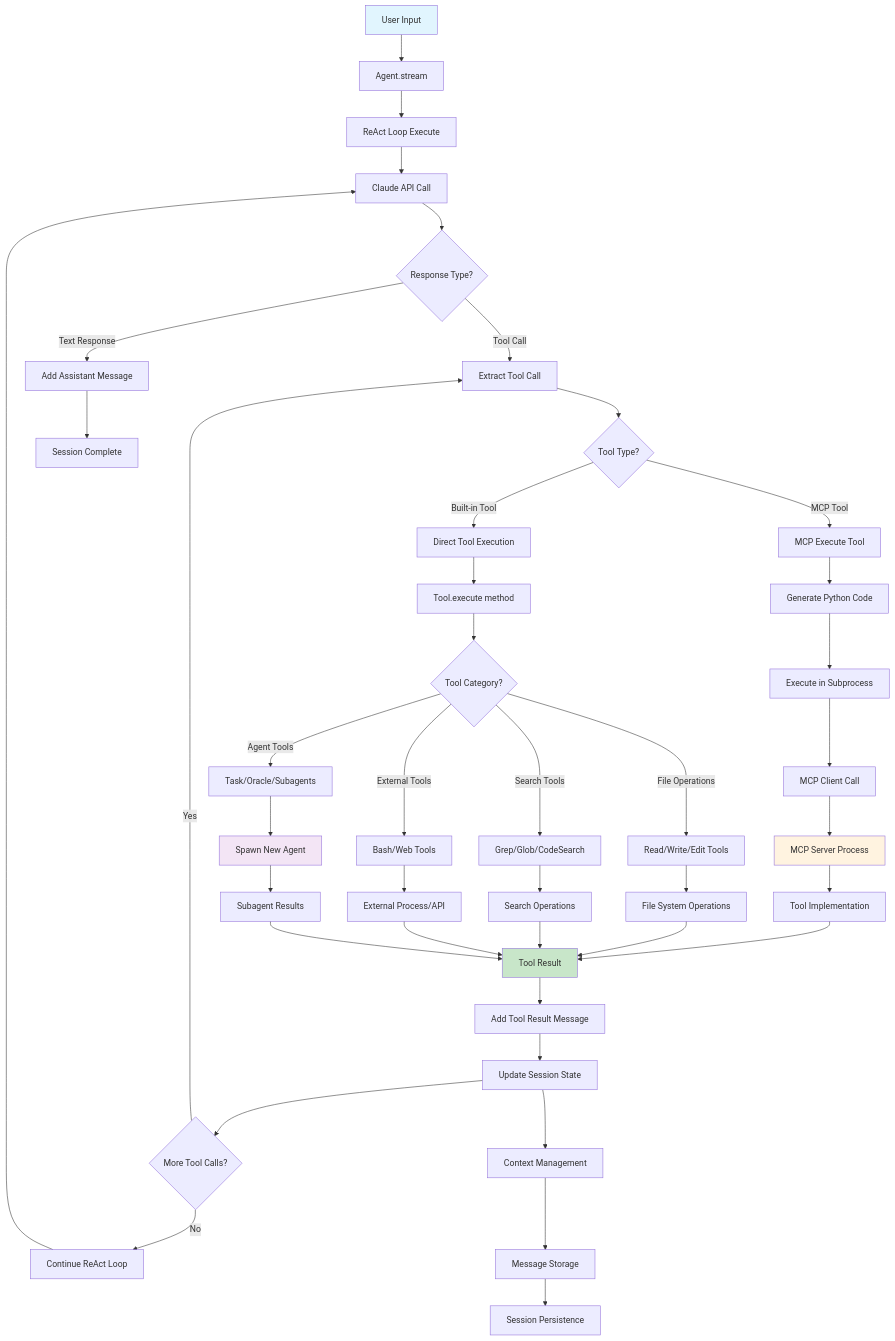
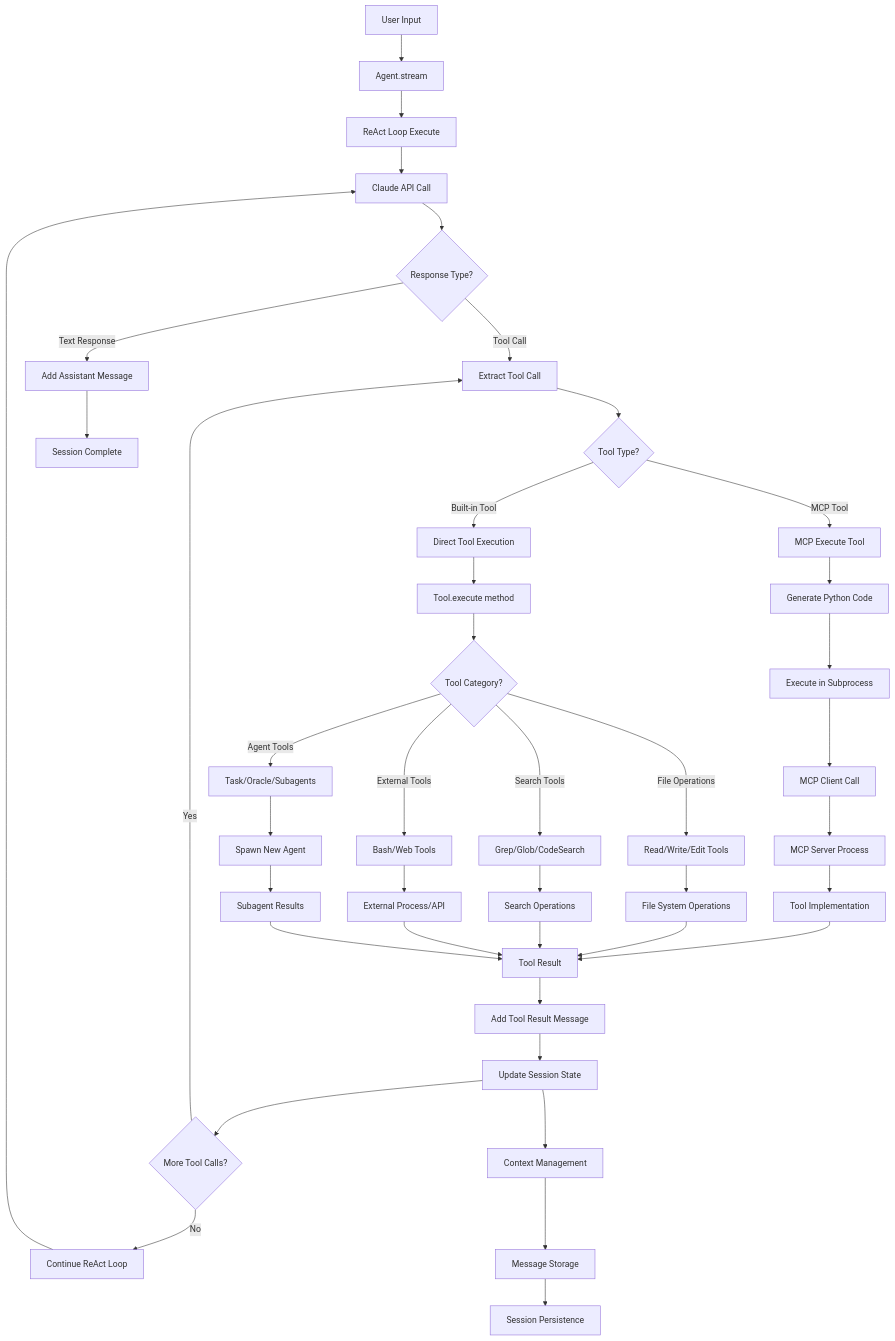
One commit to Aditya-PS-05/codesm changed the diagram in README.md. Above: the diagram before and after it, drawn with Mermaid. The commit also changed 5 other files, not shown here.

Commit message:
docs: improve styling and add mermaid diagram support

````diff
--- a/README.md
+++ b/README.md
@@ -11,60 +11,53 @@
 ```mermaid
-
 flowchart TD
     A[User Input] --> B[Agent.stream]
     B --> C[ReAct Loop Execute]
     C --> D[Claude API Call]
     D --> E{Response Type?}
     
     E -->|Text Response| F[Add Assistant Message]
     E -->|Tool Call| G[Extract Tool Call]
     
     G --> H{Tool Type?}
     H -->|MCP Tool| I[MCP Execute Tool]
     H -->|Built-in Tool| J[Direct Tool Execution]
     
     I --> K[Generate Python Code]
     K --> L[Execute in Subprocess]
     L --> M[MCP Client Call]
     M --> N[MCP Server Process]
     N --> O[Tool Implementation]
     O --> P[Tool Result]
     
     J --> Q[Tool.execute method]
     Q --> R{Tool Category?}
     R -->|File Operations| S[Read/Write/Edit Tools]
     R -->|Search Tools| T[Grep/Glob/CodeSearch]
     R -->|External Tools| U[Bash/Web Tools]
     R -->|Agent Tools| V[Task/Oracle/Subagents]
     
     S --> W[File System Operations]
     T --> X[Search Operations]
     U --> Y[External Process/API]
     V --> Z[Spawn New Agent]
     
     W --> P
     X --> P
     Y --> P
     Z --> AA[Subagent Results]
     AA --> P
     
     P --> BB[Add Tool Result Message]
     BB --> CC[Update Session State]
     CC --> DD{More Tool Calls?}
     
     DD -->|Yes| G
     DD -->|No| EE[Continue ReAct Loop]
     EE --> D
     
     F --> FF[Session Complete]
     
     CC --> GG[Context Management]
     GG --> HH[Message Storage]
     HH --> II[Session Persistence]
-    
-    style A fill:#e1f5fe
-    style P fill:#c8e6c9
-    style N fill:#fff3e0
-    style Z fill:#f3e5f5
-
 ```
````
